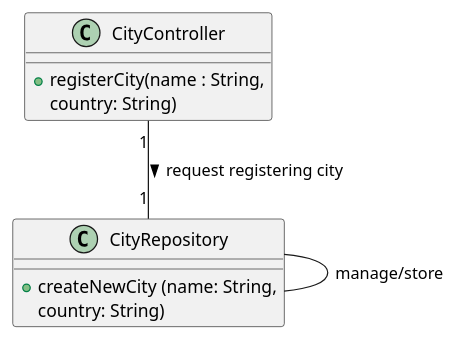
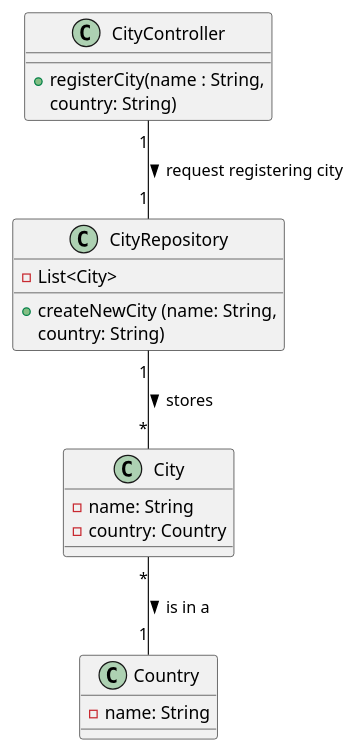
One commit to AndrePereiraGitH/SWitCH-Project-Team_A changed the diagram in Diagrams/ClassDiagrams/US008-to-register-new-city-in-the-system.puml. Above: the diagram before and after it, drawn with PlantUML. The commit also changed 5 other files, not shown here.

```diff
--- a/Diagrams/ClassDiagrams/US008-to-register-new-city-in-the-system.puml
+++ b/Diagrams/ClassDiagrams/US008-to-register-new-city-in-the-system.puml
@@ -1,17 +1,38 @@
 @startuml
 
+/' class User {
+  -username: String
+  -contact: Contact
+  -profile: Profile
+  +User(username: String, contact: Contact, profile: Profile)
+}
+'/
+
+class City {
+-name: String
+-country: Country
+}
+
+class Country {
+-name: String
+}
+
+
 class CityRepository {
+-List<City>
     +createNewCity (name: String,
     country: String)
     }
 
 class CityController{
   + registerCity(name : String,
   country: String)
 }
 
 ' Interactions
 CityController "1" -- "1" CityRepository : request registering city >
-CityRepository  --  CityRepository : manage/store
-
+'/CityRepository  --  CityRepository : manage/store
+'/User "1" -- "1" CityController : requests registration of new city >
+CityRepository "1" -- "*" City : stores >
+City "*" -- "1" Country : is in a >
 @enduml
```
